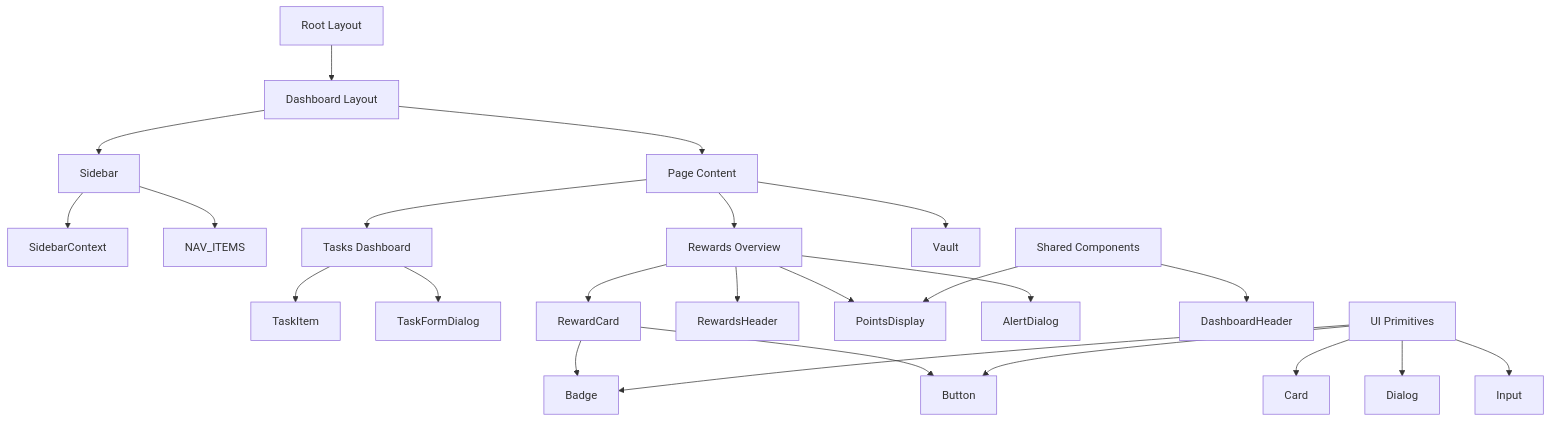
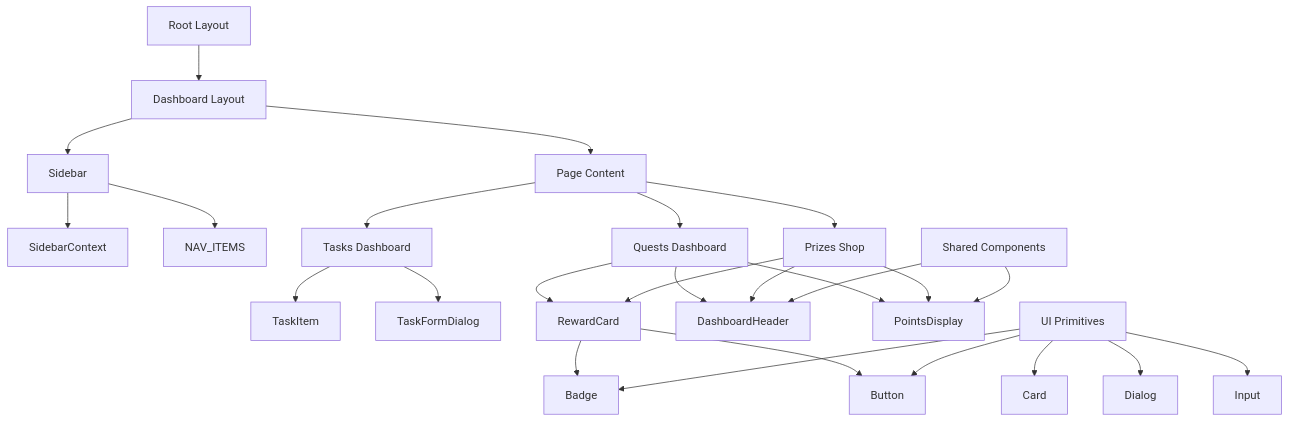
Before and after one commit to dhanushdotcodes/Inaam: the diagram in .context/client-components.md, drawn with Mermaid. The commit also changed other lines of this file and 14 other files, not shown here.

Commit message:
chore(client): update sidebar with two new pages, remove vault page and separate reward page to prize and quest page

````diff
--- a/.context/client-components.md
+++ b/.context/client-components.md
@@ -7,33 +7,35 @@
 ```mermaid
 graph TD
     Root[Root Layout] --> DashboardLayout[Dashboard Layout]
     DashboardLayout --> Sidebar[Sidebar]
     DashboardLayout --> PageContent[Page Content]
     
     Sidebar --> SidebarContext[SidebarContext]
     Sidebar --> NavItems[NAV_ITEMS]
     
     PageContent --> TasksPage[Tasks Dashboard]
-    PageContent --> RewardsPage[Rewards Overview]
-    PageContent --> VaultPage[Vault]
+    PageContent --> QuestsPage[Quests Dashboard]
+    PageContent --> PrizesPage[Prizes Shop]
     
     TasksPage --> TaskItem[TaskItem]
     TasksPage --> TaskFormDialog[TaskFormDialog]
     
-    RewardsPage --> RewardCard[RewardCard]
-    RewardsPage --> RewardsHeader[RewardsHeader]
-    RewardsPage --> PointsDisplay[PointsDisplay]
-    RewardsPage --> AlertDialog[AlertDialog]
+    QuestsPage --> RewardCard[RewardCard]
+    PrizesPage --> RewardCard[RewardCard]
+    QuestsPage --> DashboardHeader[DashboardHeader]
+    PrizesPage --> DashboardHeader[DashboardHeader]
+    QuestsPage --> PointsDisplay[PointsDisplay]
+    PrizesPage --> PointsDisplay[PointsDisplay]
     
     RewardCard --> Badge[Badge]
     RewardCard --> Button[Button]
     
     Shared[Shared Components] --> PointsDisplay
     Shared --> DashboardHeader
     
     UI[UI Primitives] --> Button
     UI --> Card
     UI --> Dialog
     UI --> Input
     UI --> Badge
 ```
````
